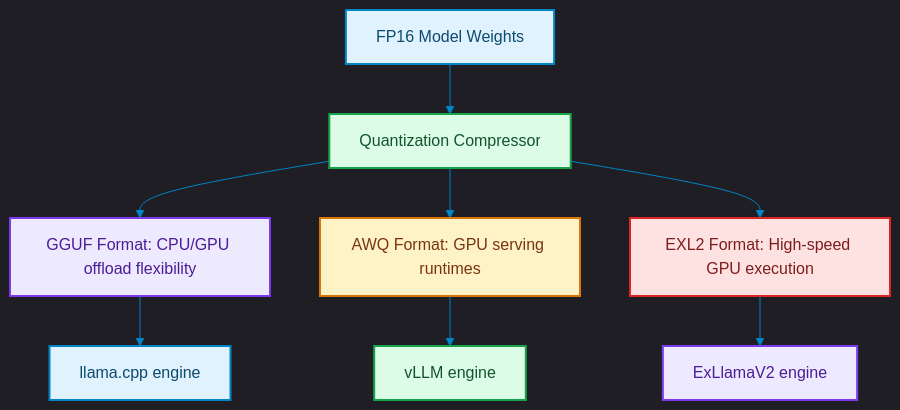
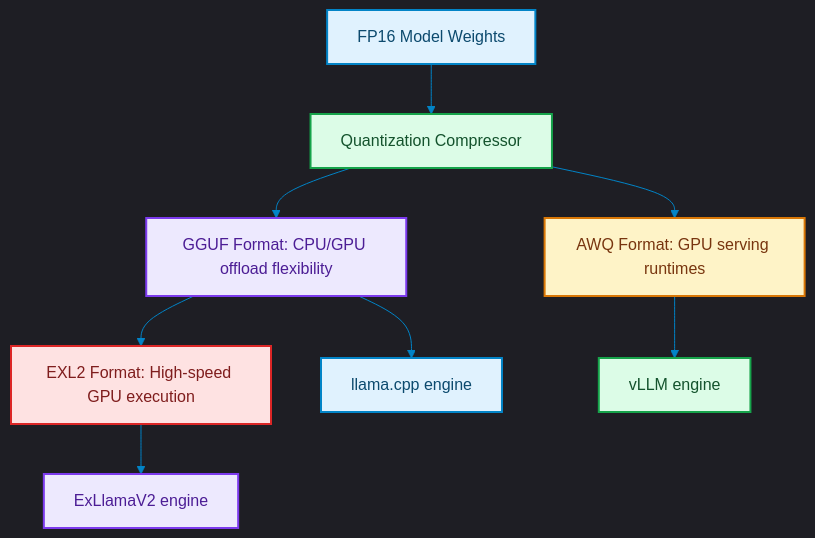
One commit to akmalkhaniub/akmalkhaniub.github.io changed the diagram in blog/posts/serving-quantization-formats-gguf-awq-exl2.md. Above: the diagram before and after it, drawn with Mermaid. The commit also changed other lines of this file and 894 other files, not shown here.

Commit message:
feat(blog): upgrade all 444 posts with unique staggered dates, 2-col Mermaid spines, benchmark tables, code blocks, and trade-offs

````diff
--- a/blog/posts/serving-quantization-formats-gguf-awq-exl2.md
+++ b/blog/posts/serving-quantization-formats-gguf-awq-exl2.md
@@ -18,24 +18,24 @@
 ```mermaid
 %%{init: {'theme': 'dark', 'themeVariables': { 'primaryColor': '#0284c7', 'primaryTextColor': '#f3f4f6', 'primaryBorderColor': '#38bdf8', 'lineColor': '#0284c7', 'secondaryColor': '#111827', 'tertiaryColor': '#0b0f19'}}}%%
 flowchart TD
     Model["FP16 Model Weights"] --> Quant["Quantization Compressor"]
     
     Quant --> GGUF["GGUF Format: CPU/GPU offload flexibility"]
     Quant --> AWQ["AWQ Format: GPU serving runtimes"]
-    Quant --> EXL2["EXL2 Format: High-speed GPU execution"]
+    GGUF --> EXL2["EXL2 Format: High-speed GPU execution"]
     
     GGUF --> Serv1["llama.cpp engine"]
     AWQ --> Serv2["vLLM engine"]
     EXL2 --> Serv3["ExLlamaV2 engine"]
 
 classDef green fill:#dcfce7,stroke:#16a34a,stroke-width:2px,color:#14532d;
 classDef red fill:#fee2e2,stroke:#dc2626,stroke-width:2px,color:#7f1d1d;
 classDef blue fill:#e0f2fe,stroke:#0284c7,stroke-width:2px,color:#0c4a6e;
 classDef yellow fill:#fef3c7,stroke:#d97706,stroke-width:2px,color:#78350f;
 classDef purple fill:#ede9fe,stroke:#7c3aed,stroke-width:2px,color:#4c1d95;
 class Model,Serv1 blue
 class Quant,Serv2 green
 class GGUF,Serv3 purple
 class AWQ yellow
 class EXL2 red
 ```
````
